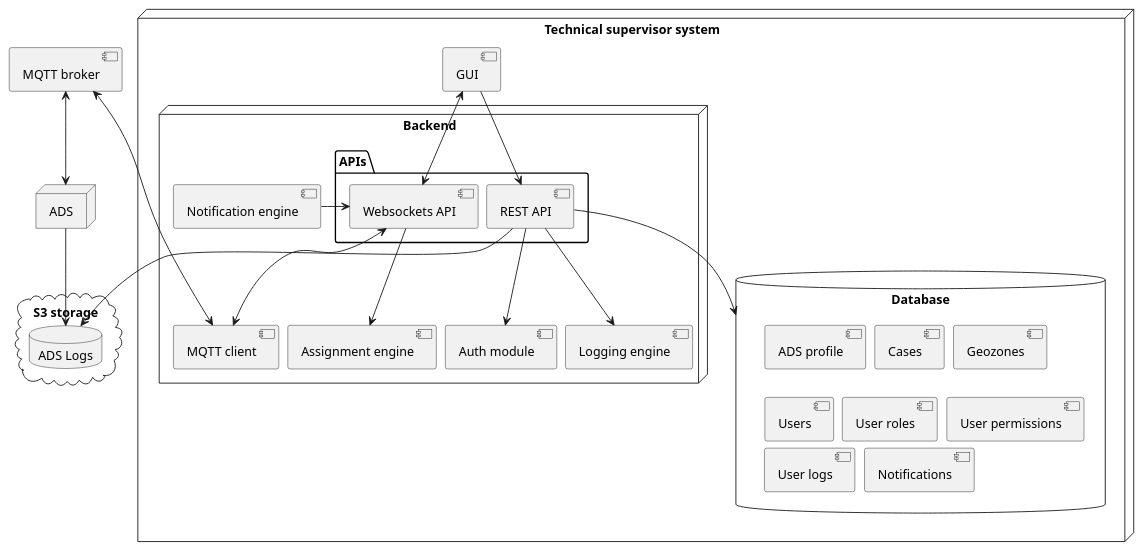
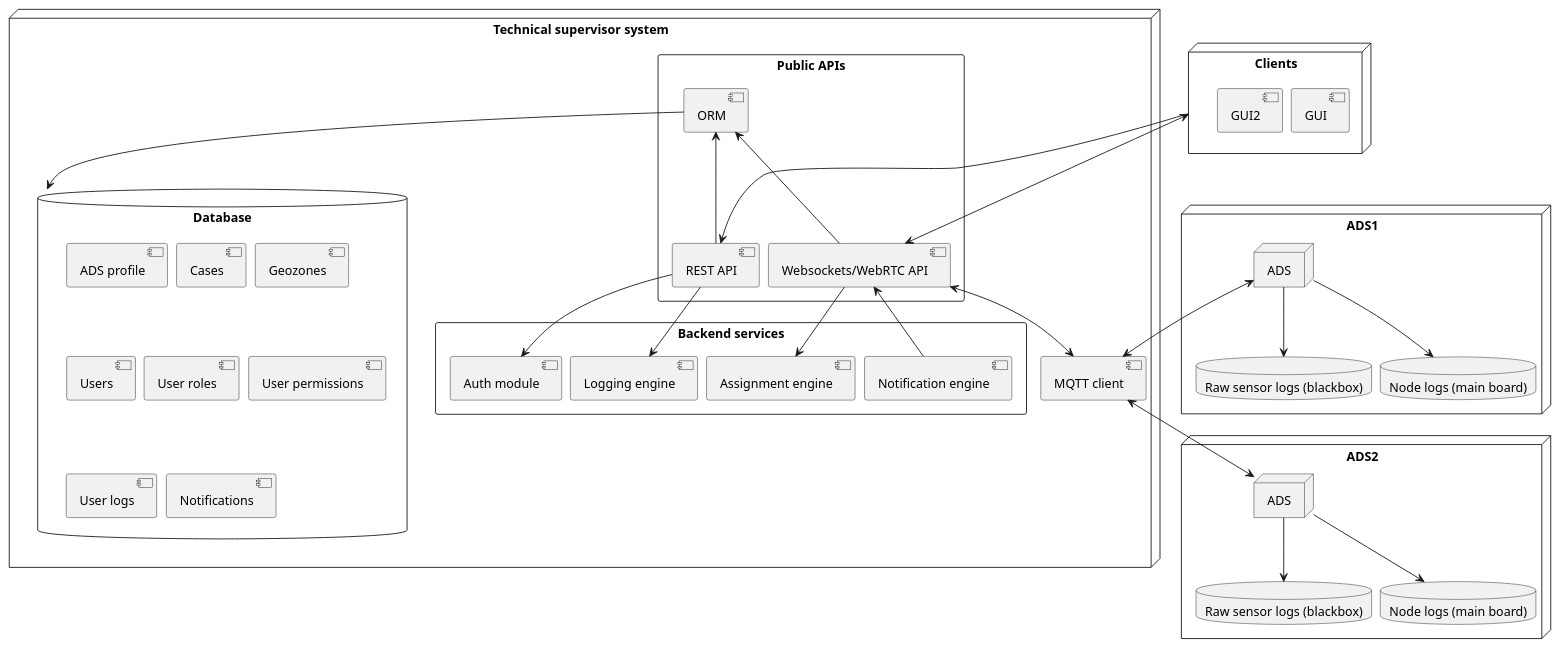
One commit to bruno-motorai/uml changed the diagram in technical_supervisor/architecture.pu. Above: the diagram before and after it, drawn with PlantUML.

Commit message:
Add ORM; Remove S3 cloud; Update ADS

```diff
--- a/technical_supervisor/architecture.pu
+++ b/technical_supervisor/architecture.pu
@@ -1,57 +1,69 @@
 @startuml
 skinparam nodesep 10
 skinparam ranksep 5
 
 scale 1.0
 
+node "Clients" as client_side {
+    component "GUI" as gui
+    component "GUI2" as gui2
+}
+
 node "Technical supervisor system" as ts {
-    component "GUI" as gui
+    rectangle "Public APIs" {
+            component "REST API" as rest_api
+            component "Websockets/WebRTC API" as ws_api
+            component "ORM" as orm
+        }
 
-    node "Backend" as backend {
+    rectangle "Backend services" as backend {
         component "Auth module" as auth
         component "Assignment engine" as assignment_engine
         component "Notification engine" as notification_engine
         component "Logging engine" as log_engine
-        component "MQTT client" as mqtt_client
+    }
 
-
-        package "APIs" {
-            component "REST API" as rest_api
-            component "Websockets API" as ws_api
-        }
-
-    }
+    component "MQTT client" as mqtt_client
 
     database "Database" as db {
         component "ADS profile"
         component "Cases"
         component "Geozones"
         component "Users"
         component "User roles"
         component "User permissions"
         component "User logs"
         component "Notifications"
     }
 }
 
-node "ADS" as ads
 
-component "MQTT broker" as mqtt_broker
-
-cloud "S3 storage" {
-    database "ADS Logs" as ads_db
+node "ADS1" as ads_node { 
+    node "ADS" as ads1
+    database "Raw sensor logs (blackbox)" as raw_logs_ads1
+    database "Node logs (main board)" as logs_ads1
 }
 
-ads -down-> ads_db
-ads <-up-> mqtt_broker
-mqtt_broker <--> mqtt_client
-gui -down-> rest_api
-gui <-down-> ws_api
-rest_api -d-> auth
-rest_api -d-> log_engine
-rest_api -d-> ads_db
-rest_api -d-> db
+node "ADS2" as ads_node2 { 
+    node "ADS" as ads2
+    database "Raw sensor logs (blackbox)" as raw_logs_ads2
+    database "Node logs (main board)" as logs_ads2
+}
+
+ads1 -down-> raw_logs_ads1
+ads1 -down-> logs_ads1
+ads2 -down-> raw_logs_ads2
+ads2 -down-> logs_ads2
+ads1 <-d-> mqtt_client
+ads2 <-u-> mqtt_client
+client_side -down-> rest_api
+client_side <-down-> ws_api
+rest_api --> auth
+rest_api --> log_engine
+rest_api -u-> orm
+ws_api -u-> orm
+orm -d-> db
 ws_api -d-> assignment_engine
 notification_engine -r-> ws_api
 ws_api <-d-> mqtt_client
 @enduml
```
